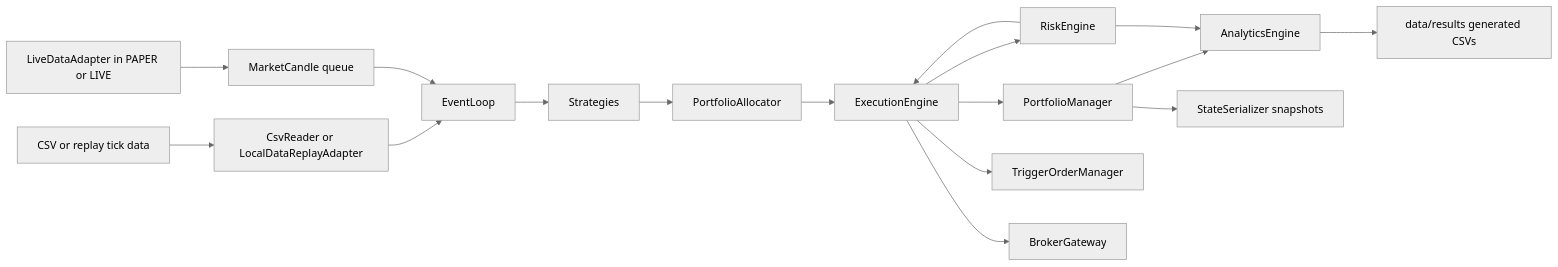
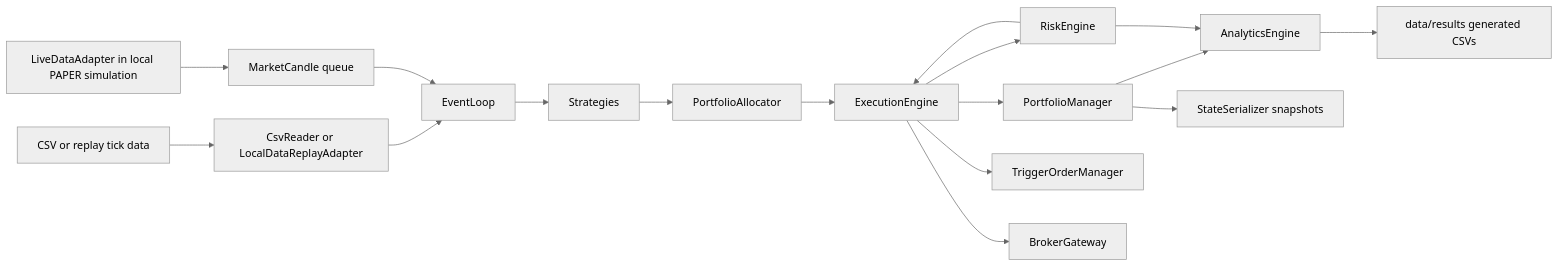
One commit to wadewolfie999/Mynyra changed the diagram in docs/ARCHITECTURE.md. Above: the diagram before and after it, drawn with Mermaid (neutral theme). The commit also changed other lines of this file and 38 other files, not shown here.

````diff
--- a/docs/ARCHITECTURE.md
+++ b/docs/ARCHITECTURE.md
@@ -63,19 +65,19 @@
 ```mermaid
 flowchart LR
     A[CSV or replay tick data] --> B[CsvReader or LocalDataReplayAdapter]
-    C[LiveDataAdapter in PAPER or LIVE] --> D[MarketCandle queue]
+    C[LiveDataAdapter in local PAPER simulation] --> D[MarketCandle queue]
     B --> E[EventLoop]
     D --> E
     E --> F[Strategies]
     F --> G[PortfolioAllocator]
     G --> H[ExecutionEngine]
     H --> I[RiskEngine]
     I --> H
     H --> J[PortfolioManager]
     H --> K[TriggerOrderManager]
     H --> L[BrokerGateway]
     J --> M[AnalyticsEngine]
     I --> M
     M --> N[data/results generated CSVs]
     J --> O[StateSerializer snapshots]
 ```
````
